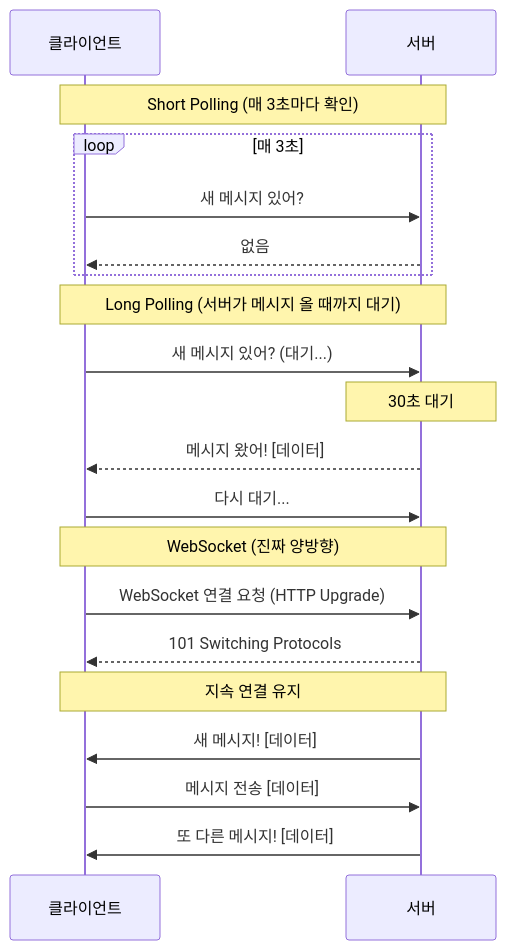
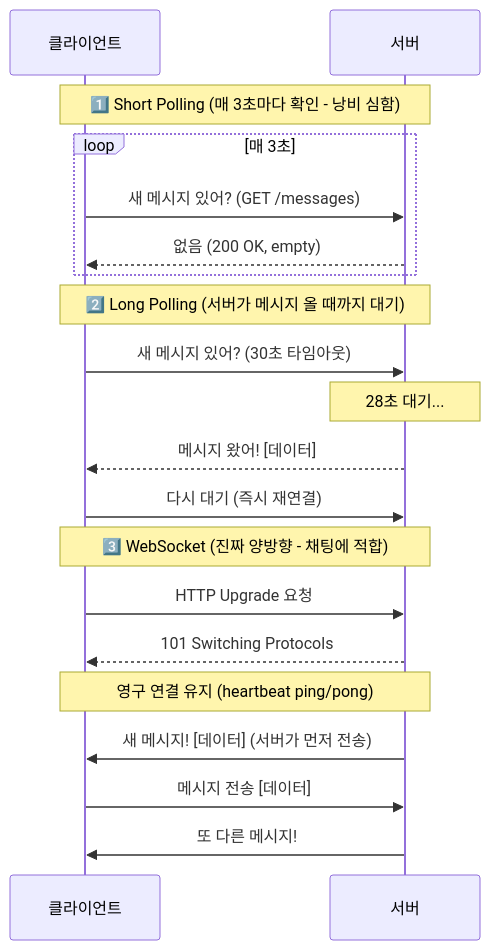
One commit to yjkim2015/yjkim2015.github.io changed the first of 6 diagrams in _posts/systemdesign/2026-05-02-system-design-chat.md. Above: the diagram before and after it, drawn with Mermaid. The commit also changed other lines of this file and 32 other files, not shown here.

````diff
--- a/_posts/systemdesign/2026-05-02-system-design-chat.md
+++ b/_posts/systemdesign/2026-05-02-system-design-chat.md
@@ -53,25 +69,25 @@
-```mermaid
+<div class="mermaid">
 sequenceDiagram
     participant C as 클라이언트
     participant S as 서버
 
-    Note over C,S: Short Polling (매 3초마다 확인)
+    Note over C,S: 1️⃣ Short Polling (매 3초마다 확인 - 낭비 심함)
     loop 매 3초
-        C->>S: 새 메시지 있어?
-        S-->>C: 없음
+        C->>S: 새 메시지 있어? (GET /messages)
+        S-->>C: 없음 (200 OK, empty)
     end
 
-    Note over C,S: Long Polling (서버가 메시지 올 때까지 대기)
-    C->>S: 새 메시지 있어? (대기...)
-    Note over S: 30초 대기
+    Note over C,S: 2️⃣ Long Polling (서버가 메시지 올 때까지 대기)
+    C->>S: 새 메시지 있어? (30초 타임아웃)
+    Note over S: 28초 대기...
     S-->>C: 메시지 왔어! [데이터]
-    C->>S: 다시 대기...
+    C->>S: 다시 대기 (즉시 재연결)
 
-    Note over C,S: WebSocket (진짜 양방향)
-    C->>S: WebSocket 연결 요청 (HTTP Upgrade)
+    Note over C,S: 3️⃣ WebSocket (진짜 양방향 - 채팅에 적합)
+    C->>S: HTTP Upgrade 요청
     S-->>C: 101 Switching Protocols
-    Note over C,S: 지속 연결 유지
-    S->>C: 새 메시지! [데이터]
+    Note over C,S: 영구 연결 유지 (heartbeat ping/pong)
+    S->>C: 새 메시지! [데이터] (서버가 먼저 전송)
     C->>S: 메시지 전송 [데이터]
-    S->>C: 또 다른 메시지! [데이터]
-```
+    S->>C: 또 다른 메시지!
+</div>
````
